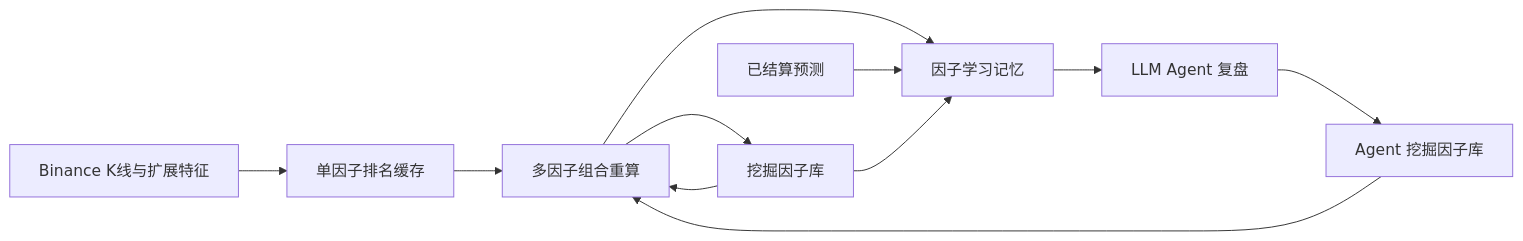
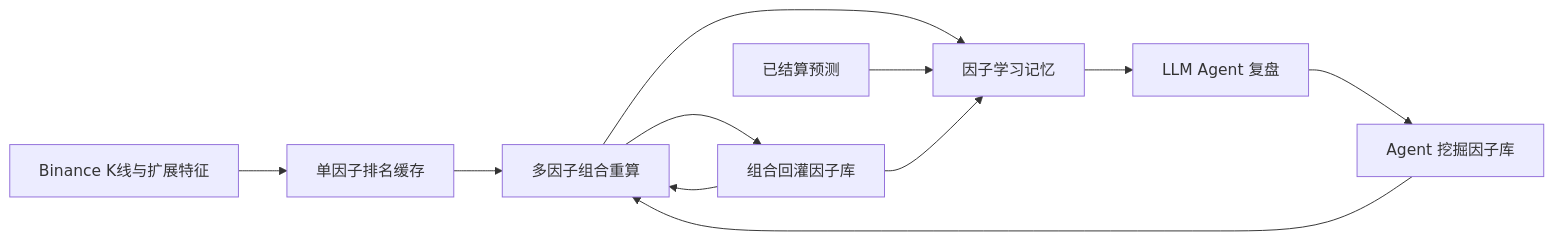
Before and after one commit to qq201128/incidentSpot: the fourth of 4 diagrams in backend/docs/backend_process_flow.md, drawn with Mermaid. The commit also changed other lines of this file and 18 other files, not shown here.

````diff
--- a/backend/docs/backend_process_flow.md
+++ b/backend/docs/backend_process_flow.md
@@ -248,13 +248,13 @@
 ```mermaid
 flowchart LR
     K[Binance K线与扩展特征] --> R[单因子排名缓存]
     R --> C[多因子组合重算]
-    C --> M[挖掘因子库]
+    C --> M[组合回灌因子库]
     C --> L[因子学习记忆]
     S[已结算预测] --> L
     M --> L
     A[LLM Agent 复盘] --> AM[Agent 挖掘因子库]
     L --> A
     AM --> C
     M --> C
 ```
````
